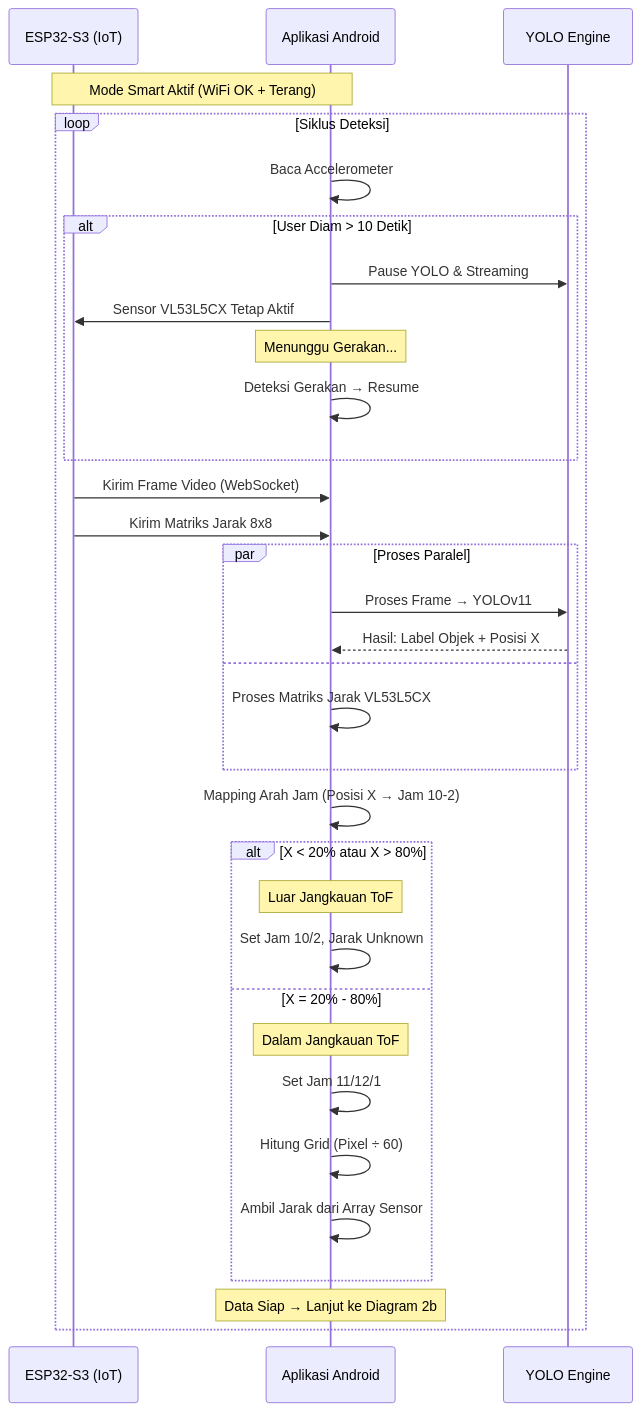
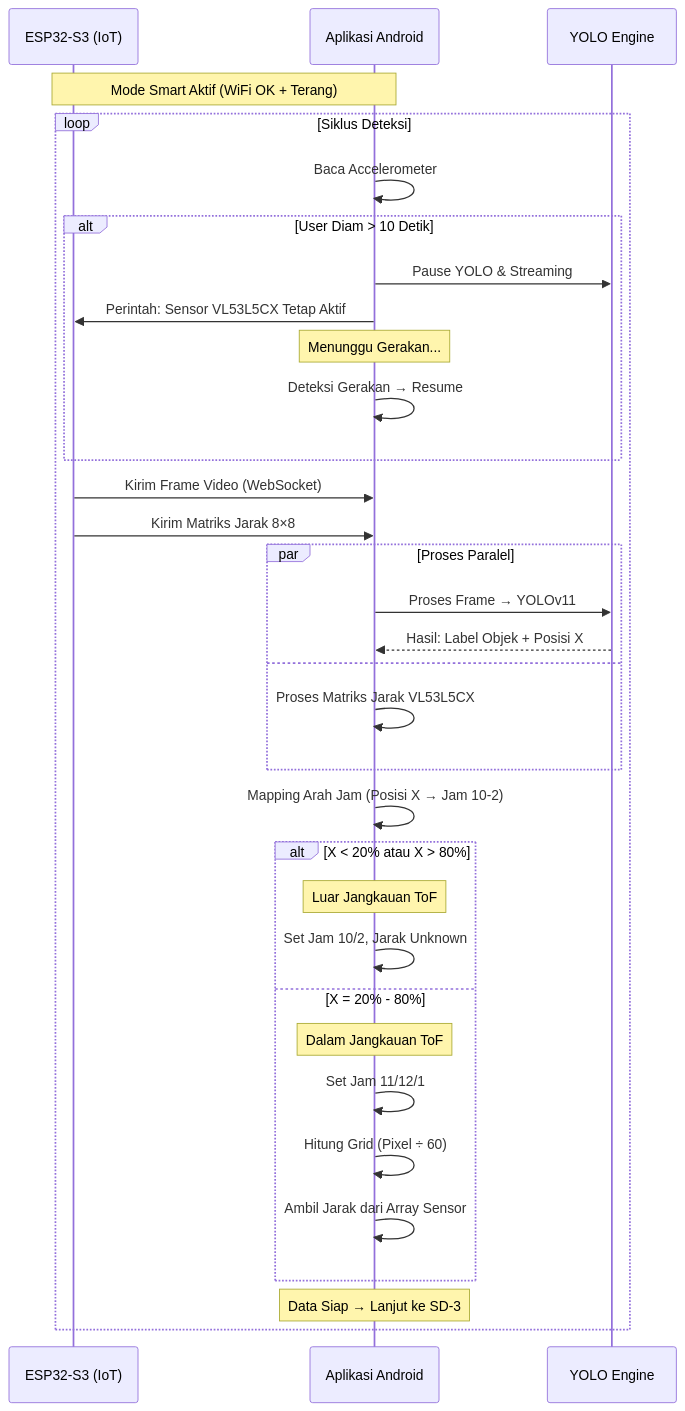
The third of 5 diagrams in sequence-diagram.md (aan-andiyanaS/draf), drawn with Mermaid before and after one commit. The commit also changed other lines of this file and 3 other files, not shown here.

Commit message:
restruktur all diagram

````diff
--- a/sequence-diagram.md
+++ b/sequence-diagram.md
@@ -82,43 +199,43 @@
 ```mermaid
 sequenceDiagram
     participant IoT as ESP32-S3 (IoT)
     participant App as Aplikasi Android
     participant AI as YOLO Engine
 
     Note over IoT, App: Mode Smart Aktif (WiFi OK + Terang)
 
     loop Siklus Deteksi
         App->>App: Baca Accelerometer
 
         alt User Diam > 10 Detik
             App->>AI: Pause YOLO & Streaming
-            App->>IoT: Sensor VL53L5CX Tetap Aktif
+            App->>IoT: Perintah: Sensor VL53L5CX Tetap Aktif
             Note over App: Menunggu Gerakan...
             App->>App: Deteksi Gerakan → Resume
         end
 
         IoT->>App: Kirim Frame Video (WebSocket)
-        IoT->>App: Kirim Matriks Jarak 8x8
+        IoT->>App: Kirim Matriks Jarak 8×8
 
         par Proses Paralel
             App->>AI: Proses Frame → YOLOv11
             AI-->>App: Hasil: Label Objek + Posisi X
         and
             App->>App: Proses Matriks Jarak VL53L5CX
         end
 
         App->>App: Mapping Arah Jam (Posisi X → Jam 10-2)
 
         alt X < 20% atau X > 80%
             Note over App: Luar Jangkauan ToF
             App->>App: Set Jam 10/2, Jarak Unknown
         else X = 20% - 80%
             Note over App: Dalam Jangkauan ToF
             App->>App: Set Jam 11/12/1
             App->>App: Hitung Grid (Pixel ÷ 60)
             App->>App: Ambil Jarak dari Array Sensor
         end
 
-        Note over App: Data Siap → Lanjut ke Diagram 2b
+        Note over App: Data Siap → Lanjut ke SD-3
     end
 ```
````
